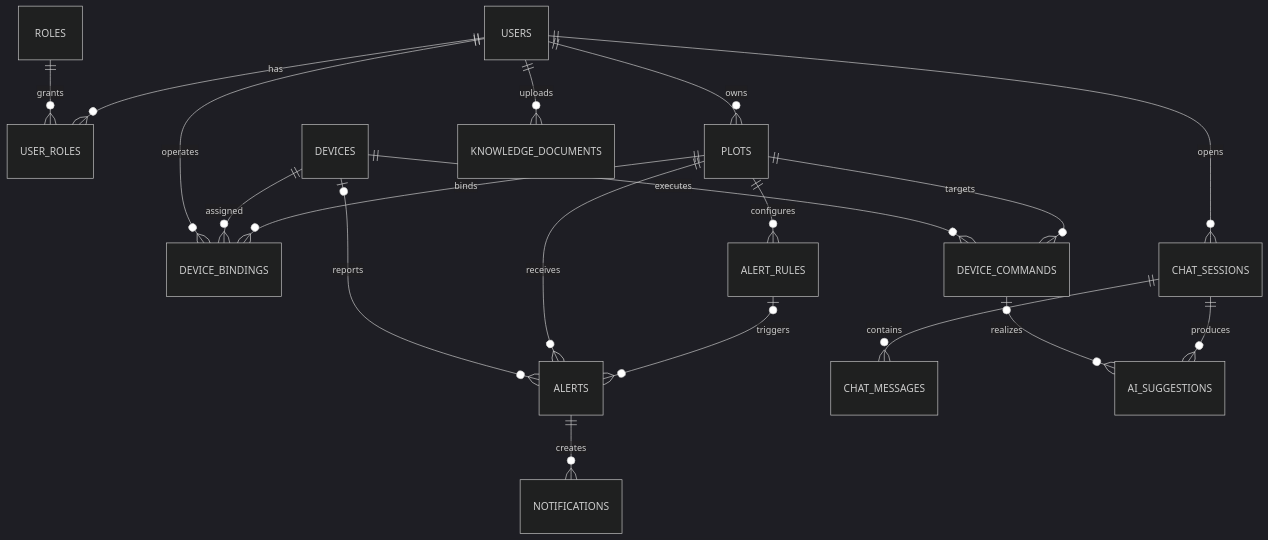
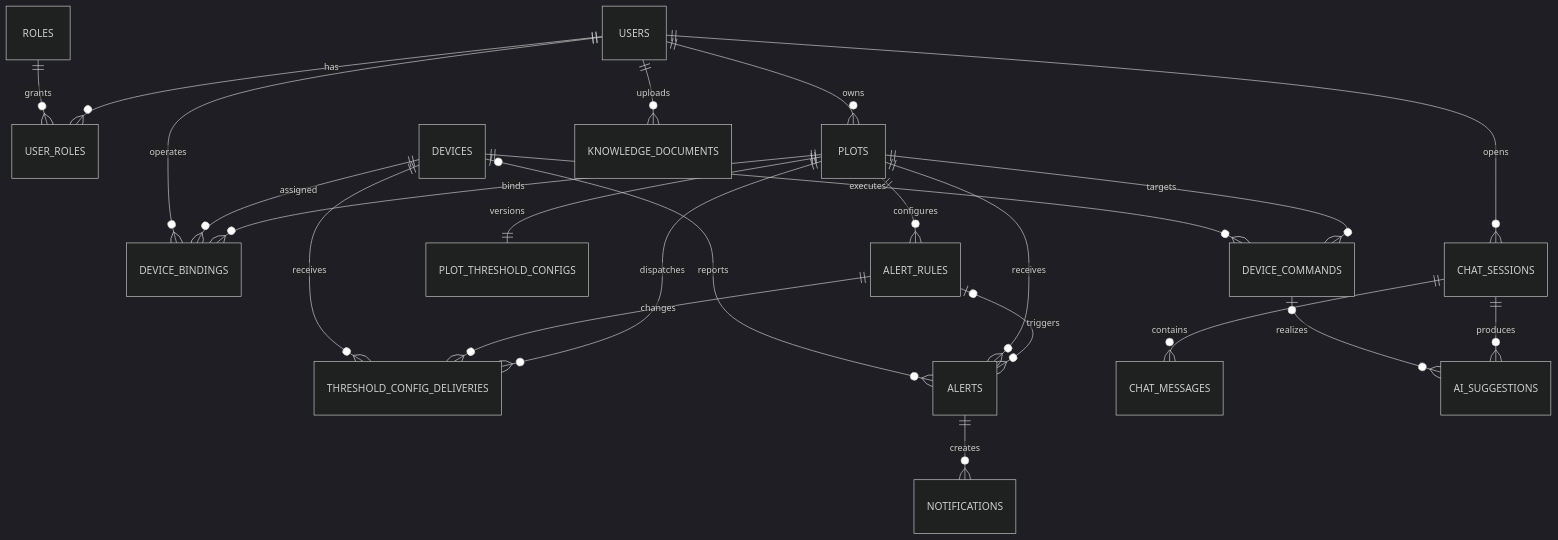
Before and after one commit to chenluuo/smart-project: the diagram in docs/Go服务数据库现状.md, drawn with Mermaid (dark theme). The commit also changed other lines of this file and 28 other files, not shown here.

Commit message:
feat: deliver versioned threshold configs to devices

````diff
--- a/docs/Go服务数据库现状.md
+++ b/docs/Go服务数据库现状.md
@@ -352,21 +383,25 @@
 ```mermaid
 erDiagram
     USERS ||--o{ USER_ROLES : has
     ROLES ||--o{ USER_ROLES : grants
     USERS ||--o{ PLOTS : owns
     PLOTS ||--o{ DEVICE_BINDINGS : binds
     DEVICES ||--o{ DEVICE_BINDINGS : assigned
     USERS ||--o{ DEVICE_BINDINGS : operates
     PLOTS ||--o{ ALERT_RULES : configures
+    PLOTS ||--|| PLOT_THRESHOLD_CONFIGS : versions
+    PLOTS ||--o{ THRESHOLD_CONFIG_DELIVERIES : dispatches
+    ALERT_RULES ||--o{ THRESHOLD_CONFIG_DELIVERIES : changes
+    DEVICES ||--o{ THRESHOLD_CONFIG_DELIVERIES : receives
     ALERT_RULES o|--o{ ALERTS : triggers
     PLOTS ||--o{ ALERTS : receives
     DEVICES o|--o{ ALERTS : reports
     ALERTS ||--o{ NOTIFICATIONS : creates
     USERS ||--o{ CHAT_SESSIONS : opens
     CHAT_SESSIONS ||--o{ CHAT_MESSAGES : contains
     CHAT_SESSIONS ||--o{ AI_SUGGESTIONS : produces
     PLOTS ||--o{ DEVICE_COMMANDS : targets
     DEVICES ||--o{ DEVICE_COMMANDS : executes
     DEVICE_COMMANDS o|--o{ AI_SUGGESTIONS : realizes
     USERS ||--o{ KNOWLEDGE_DOCUMENTS : uploads
 ```
````
